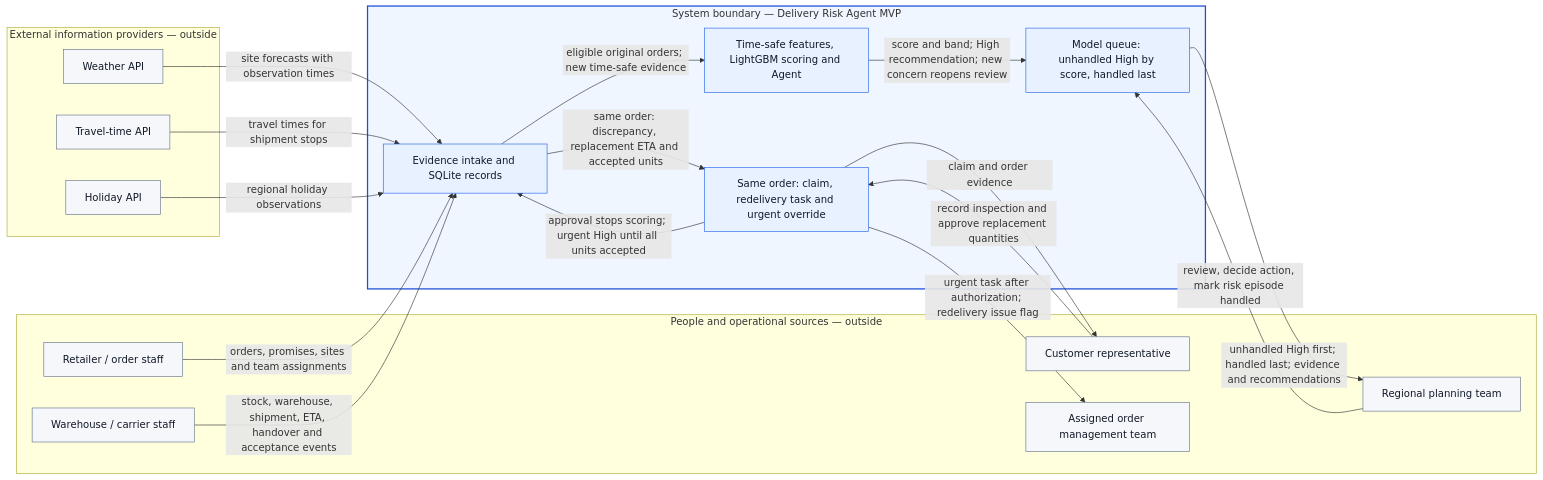
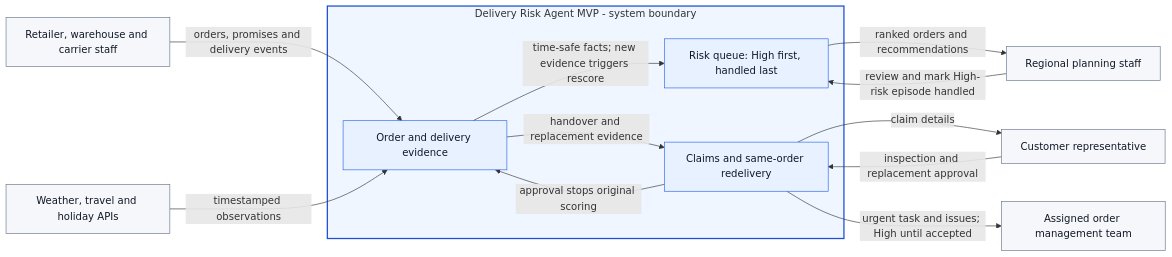
The diagram in doc/system_context.mmd (tonicuti/Delivery_Agent_Support), drawn with Mermaid before and after one commit. The commit also changed 3 other files, not shown here.

```diff
--- a/doc/system_context.mmd
+++ b/doc/system_context.mmd
@@ -1,45 +1,34 @@
 flowchart LR
-    %% System context for the Swedish Delivery Risk Agent MVP.
-    %% People and providers are outside; the four central nodes are inside.
+    %% One customer order; original-delivery scoring and redelivery are separate workflows.
 
-    subgraph operational["People and operational sources — outside"]
-        Retailer["Retailer / order staff"]
-        Operations["Warehouse / carrier staff"]
-        Planner["Regional planning team"]
-        Representative["Customer representative"]
-        Management["Assigned order management team"]
+    Staff["Retailer, warehouse and carrier staff"]
+    APIs["Weather, travel and holiday APIs"]
+    Planner["Regional planning staff"]
+    Rep["Customer representative"]
+    Team["Assigned order management team"]
+
+    subgraph System["Delivery Risk Agent MVP - system boundary"]
+        Evidence["Order and delivery evidence"]
+        Risk["Risk queue: High first, handled last"]
+        Redelivery["Claims and same-order redelivery"]
+
+        Evidence -->|"time-safe facts; new evidence triggers rescore"| Risk
+        Evidence -->|"handover and replacement evidence"| Redelivery
+        Redelivery -->|"approval stops original scoring"| Evidence
     end
 
-    subgraph system["System boundary — Delivery Risk Agent MVP"]
-        Evidence["Evidence intake and SQLite records"]
-        Risk["Time-safe features, LightGBM scoring and Agent"]
-        Planning["Model queue: unhandled High by score, handled last"]
-        Replacement["Same order: claim, redelivery task and urgent override"]
-        Evidence -->|"eligible original orders; new time-safe evidence"| Risk
-        Risk -->|"score and band; High recommendation; new concern reopens review"| Planning
-        Evidence -->|"same order: discrepancy, replacement ETA and accepted units"| Replacement
-        Replacement -->|"approval stops scoring; urgent High until all units accepted"| Evidence
-    end
+    Staff -->|"orders, promises and delivery events"| Evidence
+    APIs -->|"timestamped observations"| Evidence
 
-    subgraph providers["External information providers — outside"]
-        Weather["Weather API"]
-        Travel["Travel-time API"]
-        Holidays["Holiday API"]
-    end
+    Risk -->|"ranked orders and recommendations"| Planner
+    Planner -->|"review and mark High-risk episode handled"| Risk
 
-    Retailer -->|"orders, promises, sites and team assignments"| Evidence
-    Operations -->|"stock, warehouse, shipment, ETA, handover and acceptance events"| Evidence
-    Planner -->|"review, decide action, mark risk episode handled"| Planning
-    Planning -->|"unhandled High first; handled last; evidence and recommendations"| Planner
-    Representative -->|"record inspection and approve replacement quantities"| Replacement
-    Replacement -->|"claim and order evidence"| Representative
-    Replacement -->|"urgent task after authorization; redelivery issue flag"| Management
-    Weather -->|"site forecasts with observation times"| Evidence
-    Travel -->|"travel times for shipment stops"| Evidence
-    Holidays -->|"regional holiday observations"| Evidence
+    Redelivery -->|"claim details"| Rep
+    Rep -->|"inspection and replacement approval"| Redelivery
+    Redelivery -->|"urgent task and issues; High until accepted"| Team
 
-    classDef outside fill:#f5f7fa,stroke:#64748b,color:#111827
-    classDef inside fill:#e8f1ff,stroke:#2563eb,color:#111827
-    class Retailer,Operations,Planner,Representative,Management,Weather,Travel,Holidays outside
-    class Evidence,Risk,Planning,Replacement inside
-    style system fill:#eff6ff,stroke:#1d4ed8,stroke-width:2px
+    classDef external fill:#f5f7fa,stroke:#64748b,color:#111827
+    classDef internal fill:#e8f1ff,stroke:#2563eb,color:#111827
+    class Staff,APIs,Planner,Rep,Team external
+    class Evidence,Risk,Redelivery internal
+    style System fill:#eff6ff,stroke:#1d4ed8,stroke-width:2px
```
